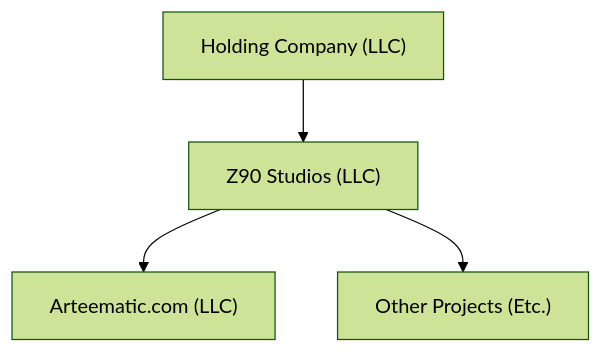
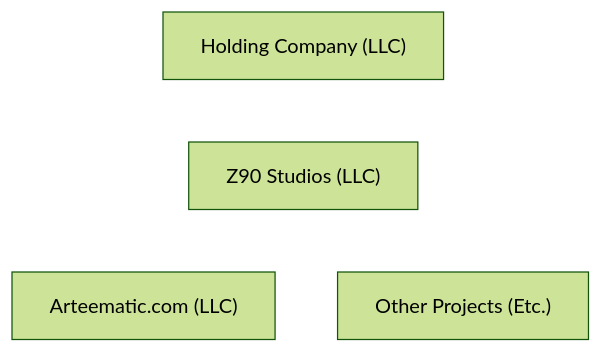
Before and after one commit to KBVE/kbve.com: the first of 4 diagrams in src/content/theory/bizops.mdx, drawn with Mermaid (forest theme). The commit also changed other lines of this file and 20 other files, not shown here.

````diff
--- a/src/content/theory/bizops.mdx
+++ b/src/content/theory/bizops.mdx
@@ -36,7 +36,9 @@
 ```mermaid
 graph TD
 
 A["Holding Company (LLC)"] --> B["Z90 Studios (LLC)"]
 B --> C["Arteematic.com (LLC)"]
 B --> D["Other Projects (Etc.)"]
+
+linkStyle default stroke:white
 ```
````
